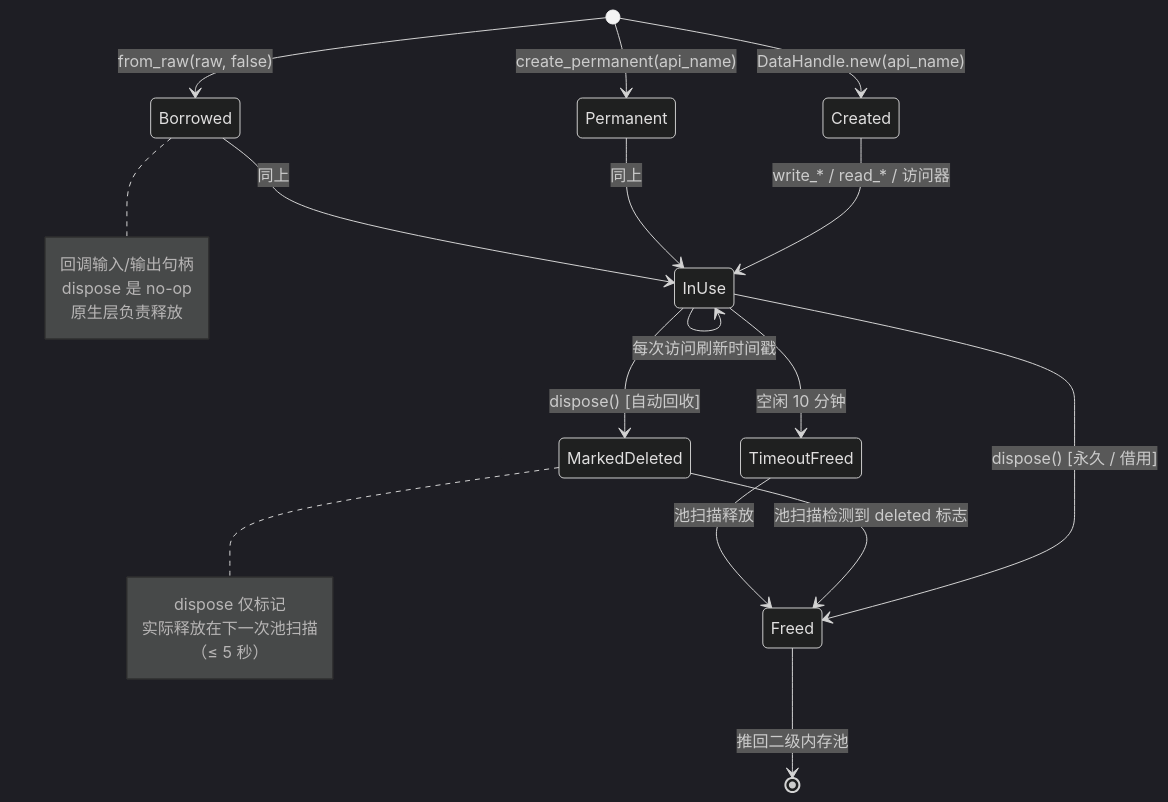
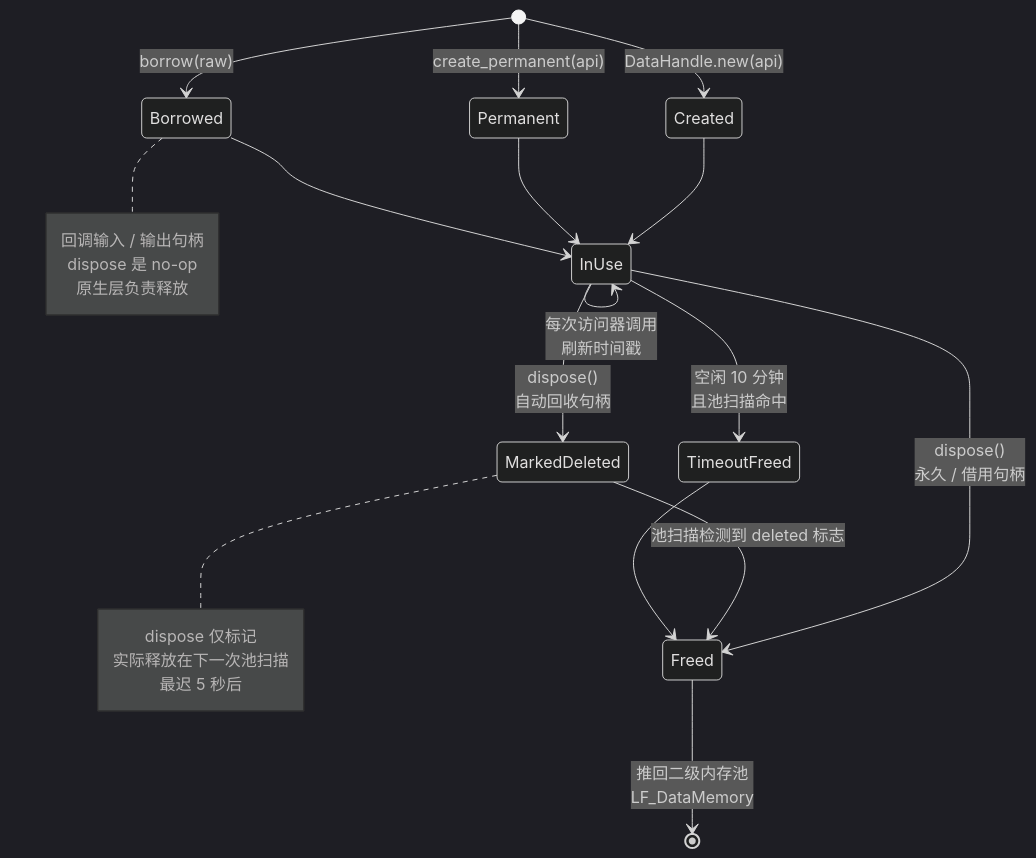
The fifth of 23 diagrams in ruby/README.md (PassByYou888/LingoFuse), drawn with Mermaid (dark theme) before and after one commit. The commit also changed other lines of this file, not shown here.

````diff
--- a/ruby/README.md
+++ b/ruby/README.md
@@ -193,34 +167,33 @@
 ```mermaid
 stateDiagram-v2
-    [*] --> Created: DataHandle.new(api_name)
-    [*] --> Permanent: create_permanent(api_name)
-    [*] --> Borrowed: from_raw(raw, false)
+    [*] --> Created: DataHandle.new(api)
+    [*] --> Permanent: create_permanent(api)
+    [*] --> Borrowed: borrow(raw)
 
-    Created --> InUse: write_* / read_* / 访问器
-    Permanent --> InUse: 同上
-    Borrowed --> InUse: 同上
+    Created --> InUse
+    Permanent --> InUse
+    Borrowed --> InUse
 
-    InUse --> InUse: 每次访问刷新时间戳
+    InUse --> InUse: 每次访问器调用<br/>刷新时间戳
 
-    InUse --> MarkedDeleted: dispose() [自动回收]
-    InUse --> Freed: dispose() [永久 / 借用]
+    InUse --> MarkedDeleted: dispose()<br/>自动回收句柄
+    InUse --> Freed: dispose()<br/>永久 / 借用句柄
+    InUse --> TimeoutFreed: 空闲 10 分钟<br/>且池扫描命中
 
     MarkedDeleted --> Freed: 池扫描检测到 deleted 标志
 
-    InUse --> TimeoutFreed: 空闲 10 分钟
-    TimeoutFreed --> Freed: 池扫描释放
-
-    Freed --> [*]: 推回二级内存池
+    Freed --> [*]: 推回二级内存池<br/>LF_DataMemory
+    TimeoutFreed --> Freed
 
     note right of Borrowed
-        回调输入/输出句柄
+        回调输入 / 输出句柄
         dispose 是 no-op
         原生层负责释放
     end note
 
     note right of MarkedDeleted
         dispose 仅标记
         实际释放在下一次池扫描
-        （≤ 5 秒）
+        最迟 5 秒后
     end note
 ```
````
